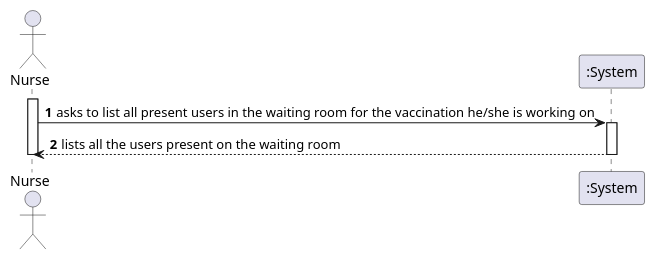
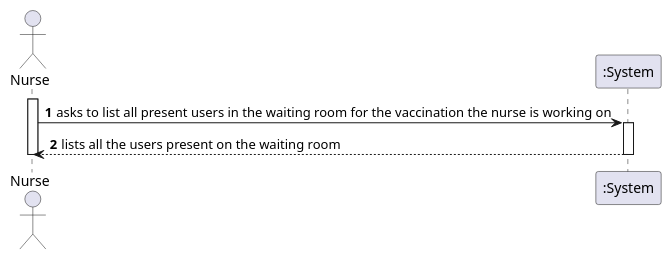
The diagram in docs/SprintC/US05/SSD/US05_SSD.puml (miseEnPlace-i/lapr2), drawn with PlantUML before and after one commit. The commit also changed 5 other files, not shown here.

```diff
--- a/docs/SprintC/US05/SSD/US05_SSD.puml
+++ b/docs/SprintC/US05/SSD/US05_SSD.puml
@@ -1,13 +1,13 @@
 @startuml
 autonumber
 actor "Nurse" as NURSE
 
 activate NURSE
-NURSE -> ":System" : asks to list all present users in the waiting room for the vaccination he/she is working on
+NURSE -> ":System" : asks to list all present users in the waiting room for the vaccination the nurse is working on
 activate ":System"
 ":System" --> NURSE : lists all the users present on the waiting room
 deactivate ":System"
 
 deactivate NURSE
 
 @enduml
```
